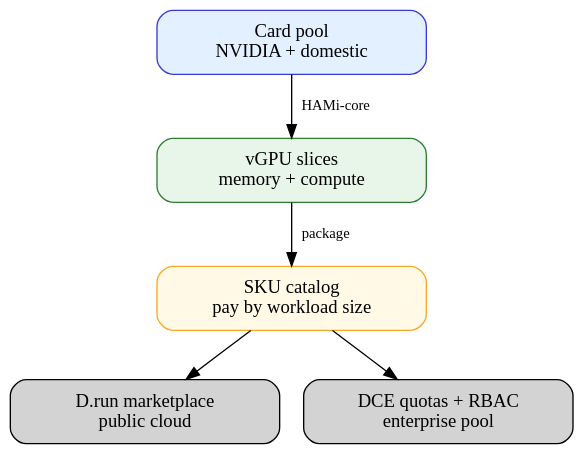
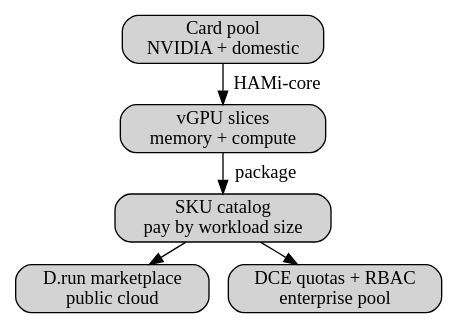
The sixth of 6 diagrams in containerdays_neocloud_blueprint.md (fishing-agents/talks), drawn with Graphviz before and after one commit. The commit also changed other lines of this file and 1 other file, not shown here.

Commit message:
fix(containerdays): drop custom CSS, theme diagrams, plain DRA wording

````diff
--- a/containerdays_neocloud_blueprint.md
+++ b/containerdays_neocloud_blueprint.md
@@ -940,17 +928,17 @@
 ```dot
 digraph G {
   rankdir=TB
-  bgcolor=transparent
-  node [shape=box style="rounded,filled" fontsize=14 margin="0.22,0.12" width=2.8]
-  edge [fontsize=11]
-  pool [label="Card pool\nNVIDIA + domestic" fillcolor="#e3f0ff" color="#3939D8"]
-  slice [label="vGPU slices\nmemory + compute" fillcolor="#e8f5e9" color="#2e7d32"]
-  sku [label="SKU catalog\npay by workload size" fillcolor="#fff9e6" color="#f9a825"]
+  nodesep=0.2
+  ranksep=0.2
+  node [shape=box style="rounded,filled" margin="0.08,0.03"]
+  pool [label="Card pool\nNVIDIA + domestic" class="green"]
+  slice [label="vGPU slices\nmemory + compute" class="yellow"]
+  sku [label="SKU catalog\npay by workload size" class="red"]
   pub [label="D.run marketplace\npublic cloud"]
-  ent [label="DCE quotas + RBAC\nenterprise pool"]
+  ent [label="DCE quotas + RBAC\nenterprise pool" class="red"]
   pool -> slice [label=" HAMi-core"]
   slice -> sku [label=" package"]
   sku -> pub
   sku -> ent
 }
 ```
````
